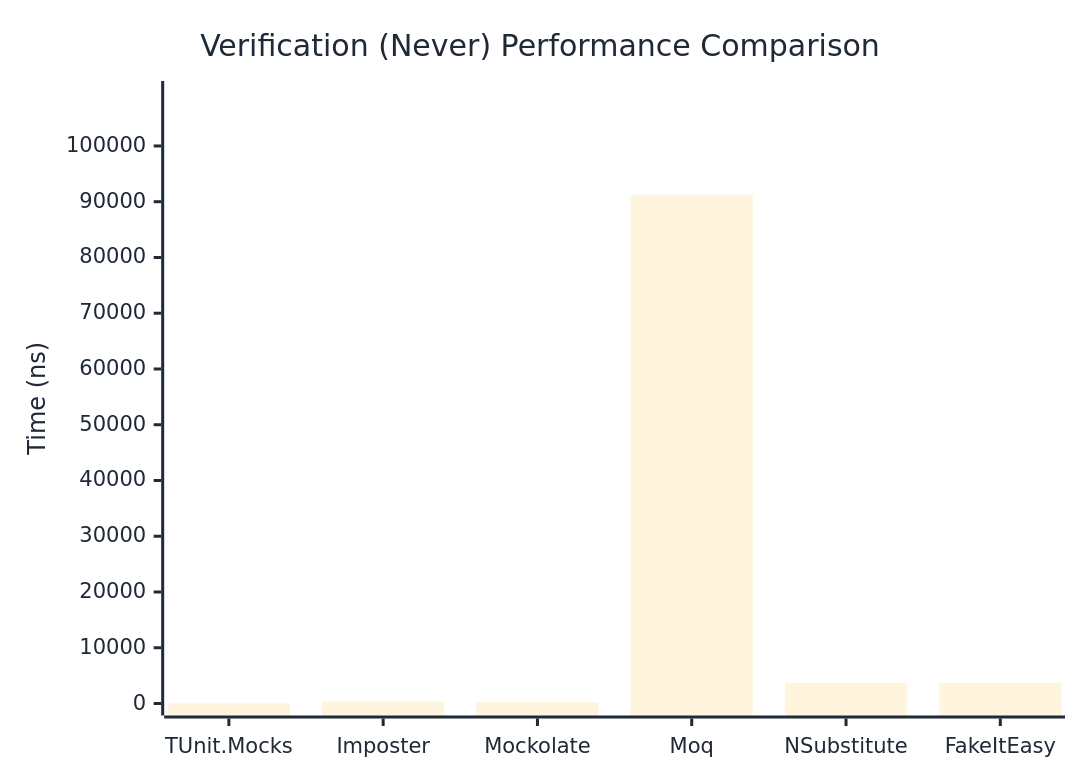
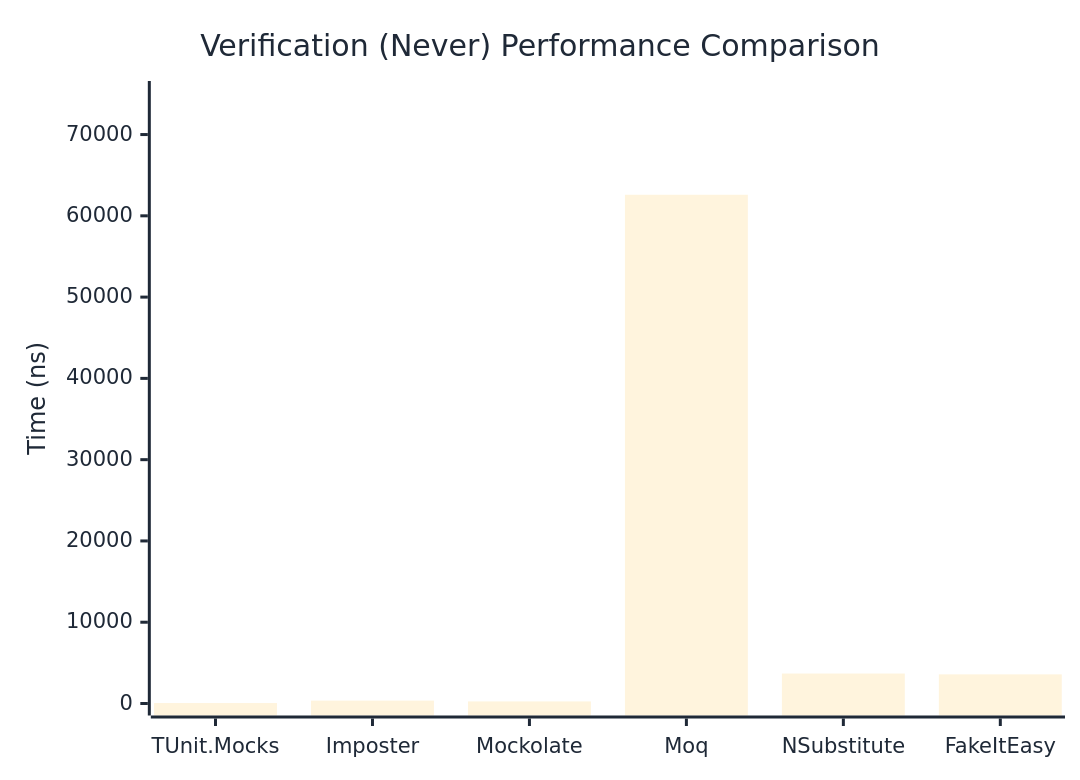
Before and after one commit to thomhurst/TUnit: the second of 3 diagrams in docs/docs/benchmarks/mocks/Verification.md, drawn with Mermaid. The commit also changed other lines of this file and 14 other files, not shown here.

````diff
--- a/docs/docs/benchmarks/mocks/Verification.md
+++ b/docs/docs/benchmarks/mocks/Verification.md
@@ -71,27 +71,27 @@
 ```mermaid
 %%{init: {
   'theme':'base',
   'themeVariables': {
     'primaryColor': '#2563eb',
     'primaryTextColor': '#1f2937',
     'primaryBorderColor': '#1e40af',
     'lineColor': '#6b7280',
     'secondaryColor': '#7c3aed',
     'tertiaryColor': '#dc2626',
     'background': '#ffffff',
     'pie1': '#2563eb',
     'pie2': '#7c3aed',
     'pie3': '#dc2626',
     'pie4': '#f59e0b',
     'pie5': '#10b981',
     'pie6': '#06b6d4',
     'pie7': '#ec4899',
     'pie8': '#6366f1'
   }
 }}%%
 xychart-beta
   title "Verification (Never) Performance Comparison"
   x-axis ["TUnit.Mocks", "Imposter", "Mockolate", "Moq", "NSubstitute", "FakeItEasy"]
-  y-axis "Time (ns)" 0 --> 109500
-  bar [53.42, 321.12, 252.38, 91249.32, 3697.83, 3696.76]
+  y-axis "Time (ns)" 0 --> 75112
+  bar [57.41, 353.35, 254.59, 62592.84, 3687.13, 3583.4]
 ```
````
